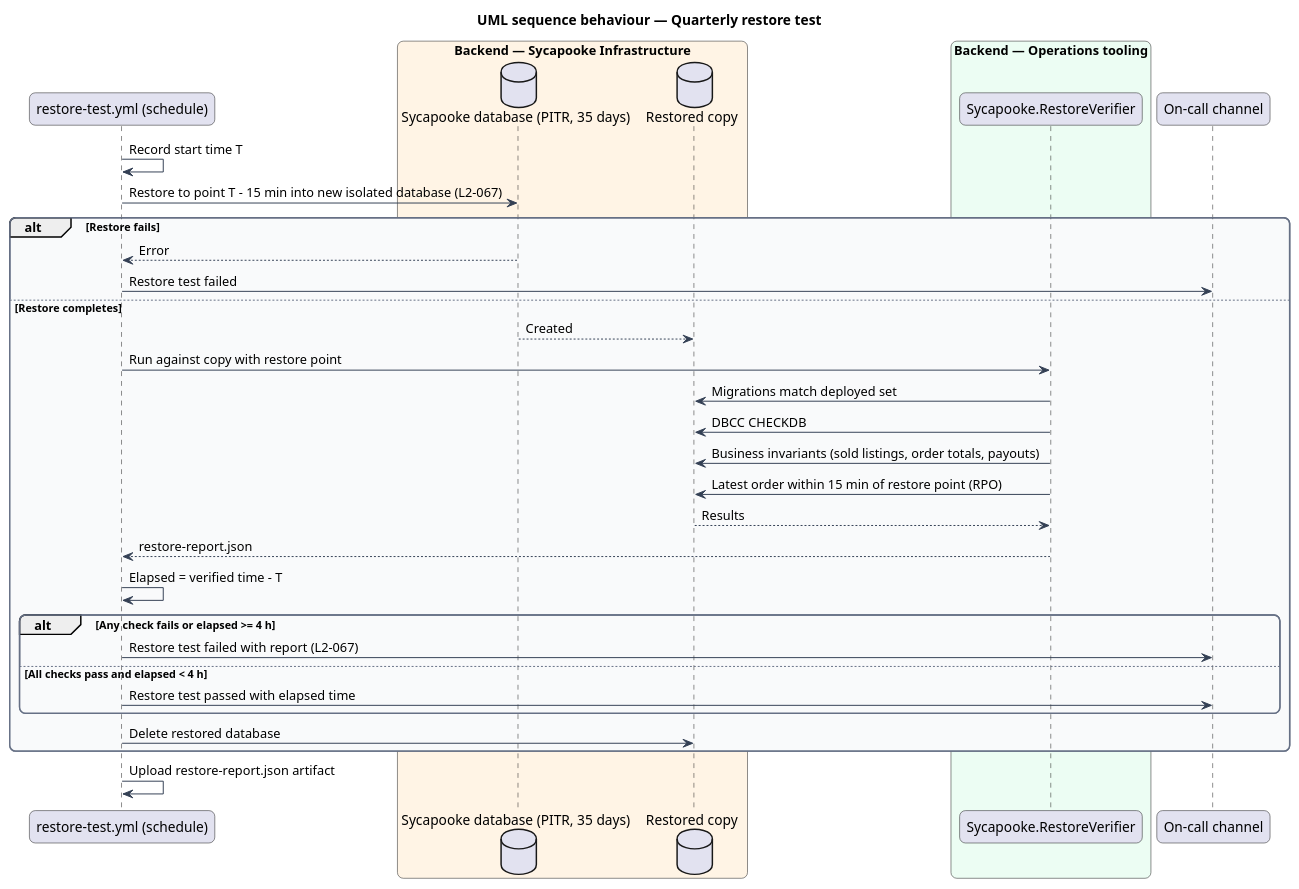
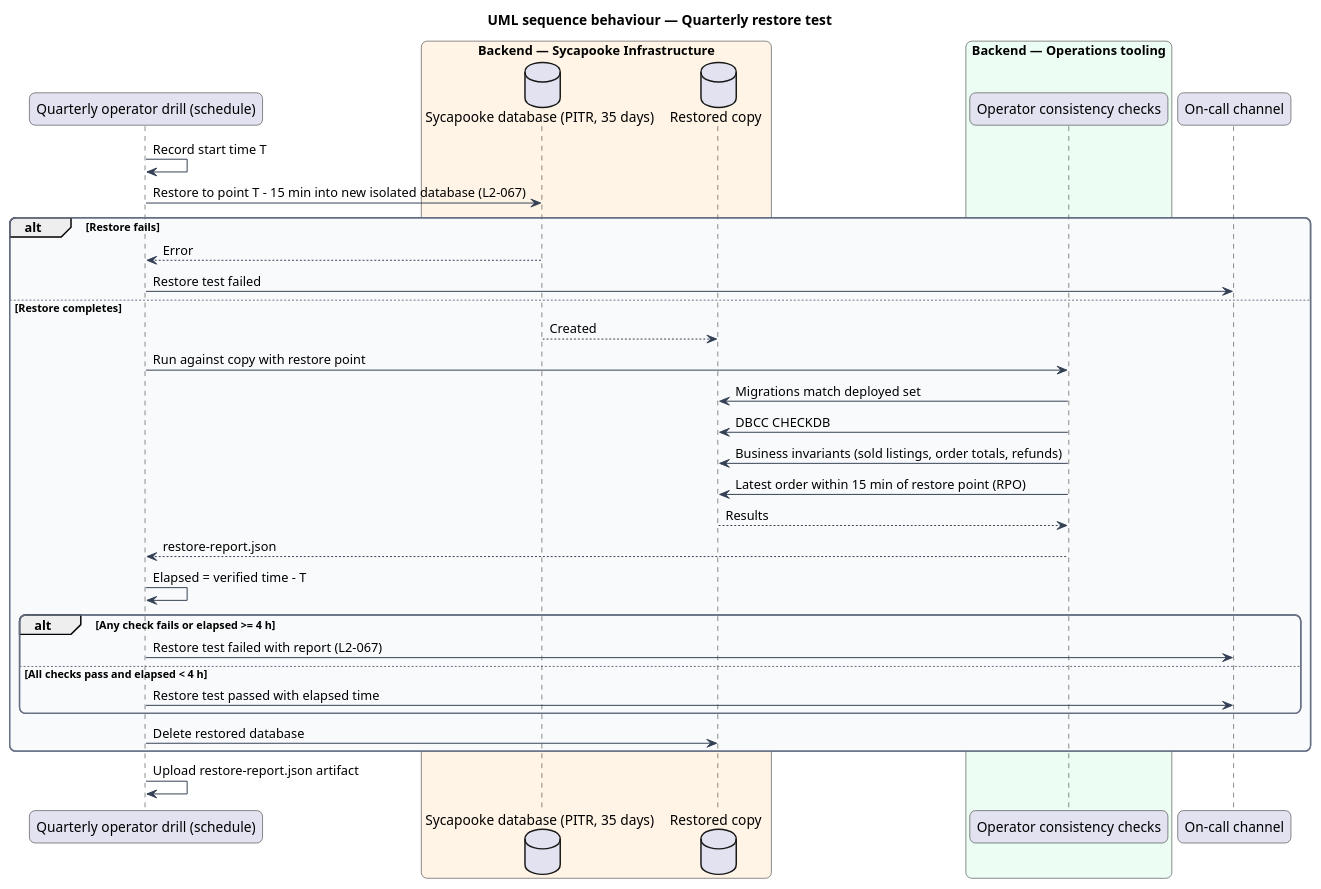
One commit to QuinntyneBrown/sycapooke changed the diagram in docs/detailed-designs/platform/keep-available-and-recoverable/diagrams/sequence-restore-test.puml. Above: the diagram before and after it, drawn with PlantUML. The commit also changed 860 other files, not shown here.

```diff
--- a/docs/detailed-designs/platform/keep-available-and-recoverable/diagrams/sequence-restore-test.puml
+++ b/docs/detailed-designs/platform/keep-available-and-recoverable/diagrams/sequence-restore-test.puml
@@ -1,49 +1,49 @@
 @startuml
 title UML sequence behaviour — Quarterly restore test
 skinparam backgroundColor #FFFFFF
 skinparam shadowing false
 skinparam roundcorner 12
 skinparam defaultFontName Arial
 skinparam ArrowColor #344054
 skinparam rectangle {
   BorderColor #344054
   FontColor #101828
 }
 skinparam package {
   BorderColor #667085
   FontColor #101828
   BackgroundColor #F9FAFB
 }
-participant "restore-test.yml (schedule)" as wf
+participant "Quarterly operator drill (schedule)" as wf
 box "Backend — Sycapooke Infrastructure" #FFF4E5
   database "Sycapooke database (PITR, 35 days)" as db
   database "Restored copy" as copy
 end box
 box "Backend — Operations tooling" #ECFDF3
-  participant "Sycapooke.RestoreVerifier" as ver
+  participant "Operator consistency checks" as ver
 end box
 participant "On-call channel" as oncall
 wf -> wf : Record start time T
 wf -> db : Restore to point T - 15 min into new isolated database (L2-067)
 alt Restore fails
   db --> wf : Error
   wf -> oncall : Restore test failed
 else Restore completes
   db --> copy : Created
   wf -> ver : Run against copy with restore point
   ver -> copy : Migrations match deployed set
   ver -> copy : DBCC CHECKDB
-  ver -> copy : Business invariants (sold listings, order totals, payouts)
+  ver -> copy : Business invariants (sold listings, order totals, refunds)
   ver -> copy : Latest order within 15 min of restore point (RPO)
   copy --> ver : Results
   ver --> wf : restore-report.json
   wf -> wf : Elapsed = verified time - T
   alt Any check fails or elapsed >= 4 h
     wf -> oncall : Restore test failed with report (L2-067)
   else All checks pass and elapsed < 4 h
     wf -> oncall : Restore test passed with elapsed time
   end
   wf -> copy : Delete restored database
 end
 wf -> wf : Upload restore-report.json artifact
 @enduml
```
